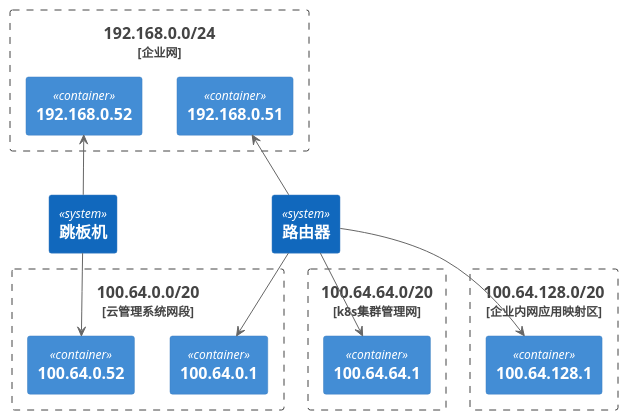
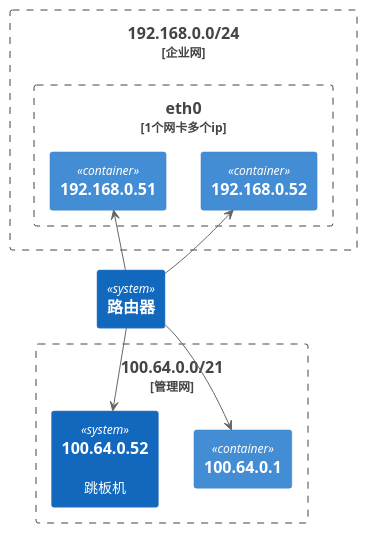
One commit to gardenerframework/impatiens changed the third of 4 diagrams in 云与虚拟化/调度系统/k8s/实践/实验环境/readme.md. Above: the diagram before and after it, drawn with PlantUML. The commit also changed other lines of this file and 1 other file, not shown here.

````diff
--- a/云与虚拟化/调度系统/k8s/实践/实验环境/readme.md
+++ b/云与虚拟化/调度系统/k8s/实践/实验环境/readme.md
@@ -69,34 +58,25 @@
 ```plantuml
 @startuml
 !include  https://plantuml.s3.cn-north-1.jdcloud-oss.com/C4_Container.puml
 
 System(路由器, 路由器)
-System(跳板机, 跳板机)
 Boundary(192.168.0.0/24, 192.168.0.0/24, 企业网) {
-    Container(192.168.0.51, 192.168.0.51)
-    Container(192.168.0.52, 192.168.0.52)
+    Boundary(eth0, eth0, 1个网卡多个ip) { 
+        Container(192.168.0.51, 192.168.0.51)
+        Container(192.168.0.52, 192.168.0.52)
+    }
 }
 
-Boundary(100.64.0.0/20, 100.64.0.0/20, 云管理系统网段) {
+Boundary(100.64.0.0/20, 100.64.0.0/21, 管理网) {
     Container(100.64.0.1, 100.64.0.1)
-    Container(100.64.0.52, 100.64.0.52)
+    System(100.64.0.52, 100.64.0.52, 跳板机)
 }
 
-Boundary(100.64.64.0/20, 100.64.64.0/20, k8s集群管理网) {
-    Container(100.64.64.1, 100.64.64.1)
-}
-
-Boundary(100.64.128.0/20, 100.64.128.0/20, 企业内网应用映射区) {
-    Container(100.64.128.1, 100.64.128.1)
-    
-}
 
 路由器 -u-> 192.168.0.51
 路由器 -d-> 100.64.0.1
-路由器 -d-> 100.64.64.1
-路由器 -d-> 100.64.128.1
-跳板机 -u-> 192.168.0.52
-跳板机 -d-> 100.64.0.52
+路由器  -u-> 192.168.0.52
+路由器 -d-> 100.64.0.52
 
 @enduml
 ```
````
